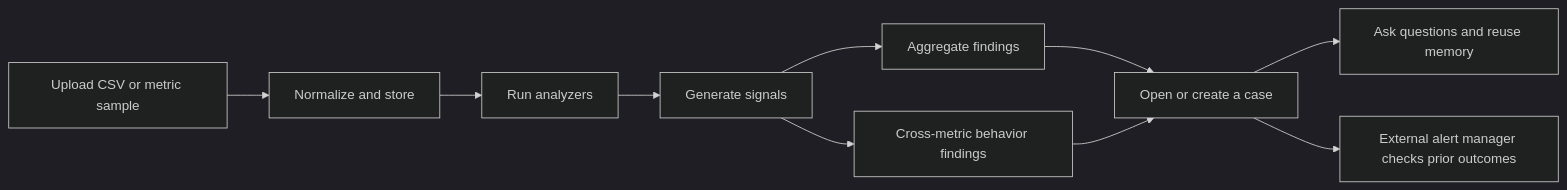
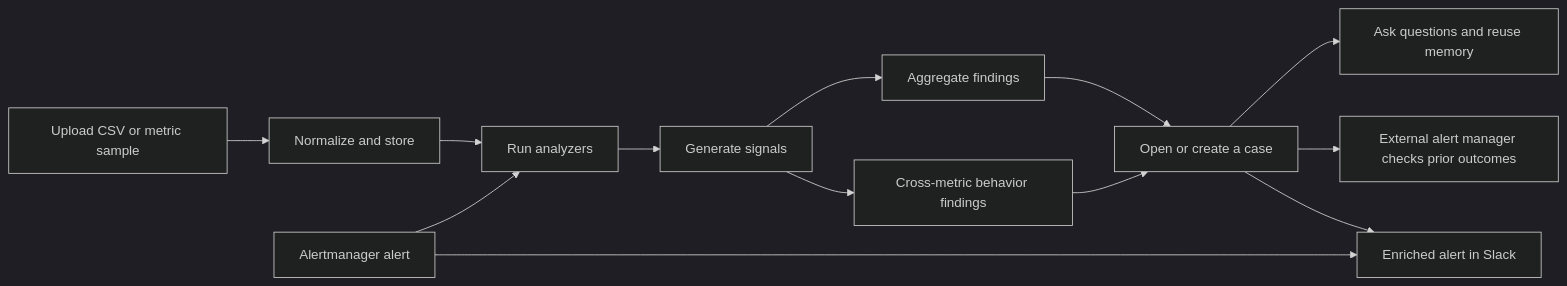
Before and after one commit to ramprasadgk9/ops-signals: the diagram in README.md, drawn with Mermaid (dark theme). The commit also changed other lines of this file and 27 other files, not shown here.

````diff
--- a/README.md
+++ b/README.md
@@ -197,12 +198,15 @@
 ```mermaid
 flowchart LR
   A[Upload CSV or metric sample] --> B[Normalize and store]
   B --> C[Run analyzers]
   C --> D[Generate signals]
   D --> E[Aggregate findings]
   D --> E2[Cross-metric behavior findings]
   E --> F[Open or create a case]
   E2 --> F
   F --> G[Ask questions and reuse memory]
   F --> H[External alert manager checks prior outcomes]
+  I[Alertmanager alert] --> C
+  F --> J[Enriched alert in Slack]
+  I --> J
 ```
````
